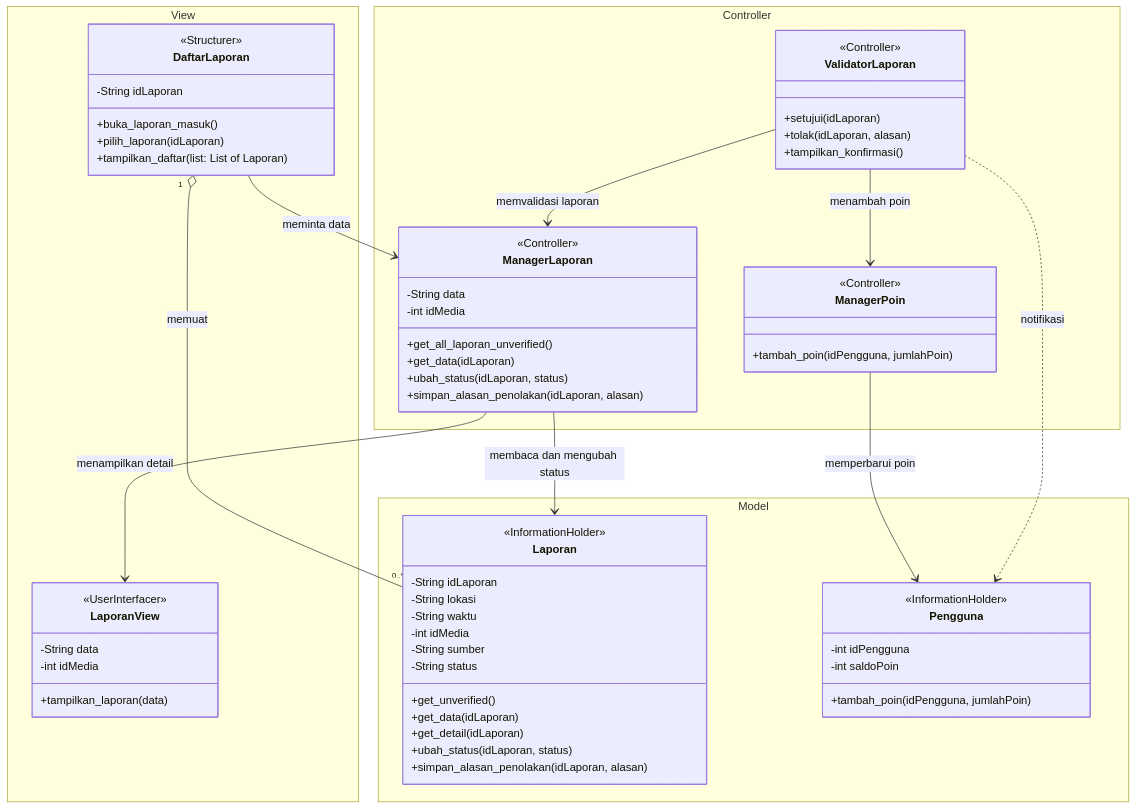
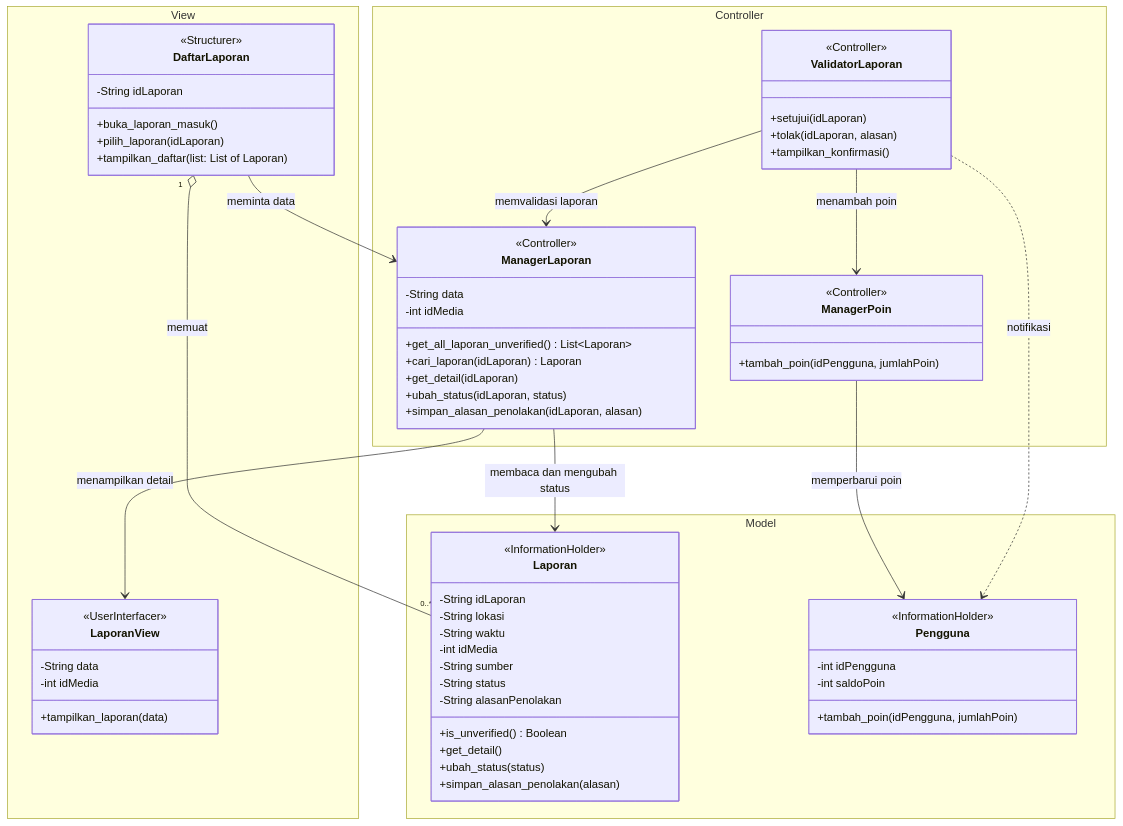
Diagram 21 of 29 in docs/M8/K03_G02_DPPL2.md (star-scripter/IF2150-RPL-K03-G02), drawn with Mermaid before and after one commit. The commit also changed other lines of this file, not shown here.

````diff
--- a/docs/M8/K03_G02_DPPL2.md
+++ b/docs/M8/K03_G02_DPPL2.md
@@ -1180,73 +1237,74 @@
 ```mermaid
 classDiagram
     direction TB
 
     namespace View {
         class DaftarLaporan {
             -String idLaporan
             +buka_laporan_masuk()
             +pilih_laporan(idLaporan)
             +tampilkan_daftar(list: List of Laporan)
         }
         class LaporanView {
             -String data
             -int idMedia
             +tampilkan_laporan(data)
         }
     }
     namespace Controller {
         class ManagerPoin {
             +tambah_poin(idPengguna, jumlahPoin)
         }
         class ValidatorLaporan {
             +setujui(idLaporan)
             +tolak(idLaporan, alasan)
             +tampilkan_konfirmasi()
         }
         class ManagerLaporan {
             -String data
             -int idMedia
-            +get_all_laporan_unverified()
-            +get_data(idLaporan)
+            +get_all_laporan_unverified() List~Laporan~
+            +cari_laporan(idLaporan) Laporan
+            +get_detail(idLaporan)
             +ubah_status(idLaporan, status)
             +simpan_alasan_penolakan(idLaporan, alasan)
         }
     }
     namespace Model {
         class Laporan {
             -String idLaporan
             -String lokasi
             -String waktu
             -int idMedia
             -String sumber
             -String status
-            +get_unverified()
-            +get_data(idLaporan)
-            +get_detail(idLaporan)
-            +ubah_status(idLaporan, status)
-            +simpan_alasan_penolakan(idLaporan, alasan)
+            -String alasanPenolakan
+            +is_unverified() Boolean
+            +get_detail()
+            +ubah_status(status)
+            +simpan_alasan_penolakan(alasan)
         }
         class Pengguna {
             -int idPengguna
             -int saldoPoin
             +tambah_poin(idPengguna, jumlahPoin)
         }
     }
 
     <<Controller>> ValidatorLaporan
     <<UserInterfacer>> LaporanView
     <<Controller>> ManagerLaporan
     <<Controller>> ManagerPoin
     <<Structurer>> DaftarLaporan
     <<InformationHolder>> Laporan
     <<InformationHolder>> Pengguna
 
     DaftarLaporan --> ManagerLaporan : meminta data
     ManagerLaporan --> Laporan : membaca dan mengubah status
     ManagerLaporan --> LaporanView : menampilkan detail
     ValidatorLaporan --> ManagerLaporan : memvalidasi laporan
     ValidatorLaporan --> ManagerPoin : menambah poin
     ManagerPoin --> Pengguna : memperbarui poin
     ValidatorLaporan ..> Pengguna : notifikasi
     DaftarLaporan "1" o-- "0..*" Laporan : memuat
 ```
````
